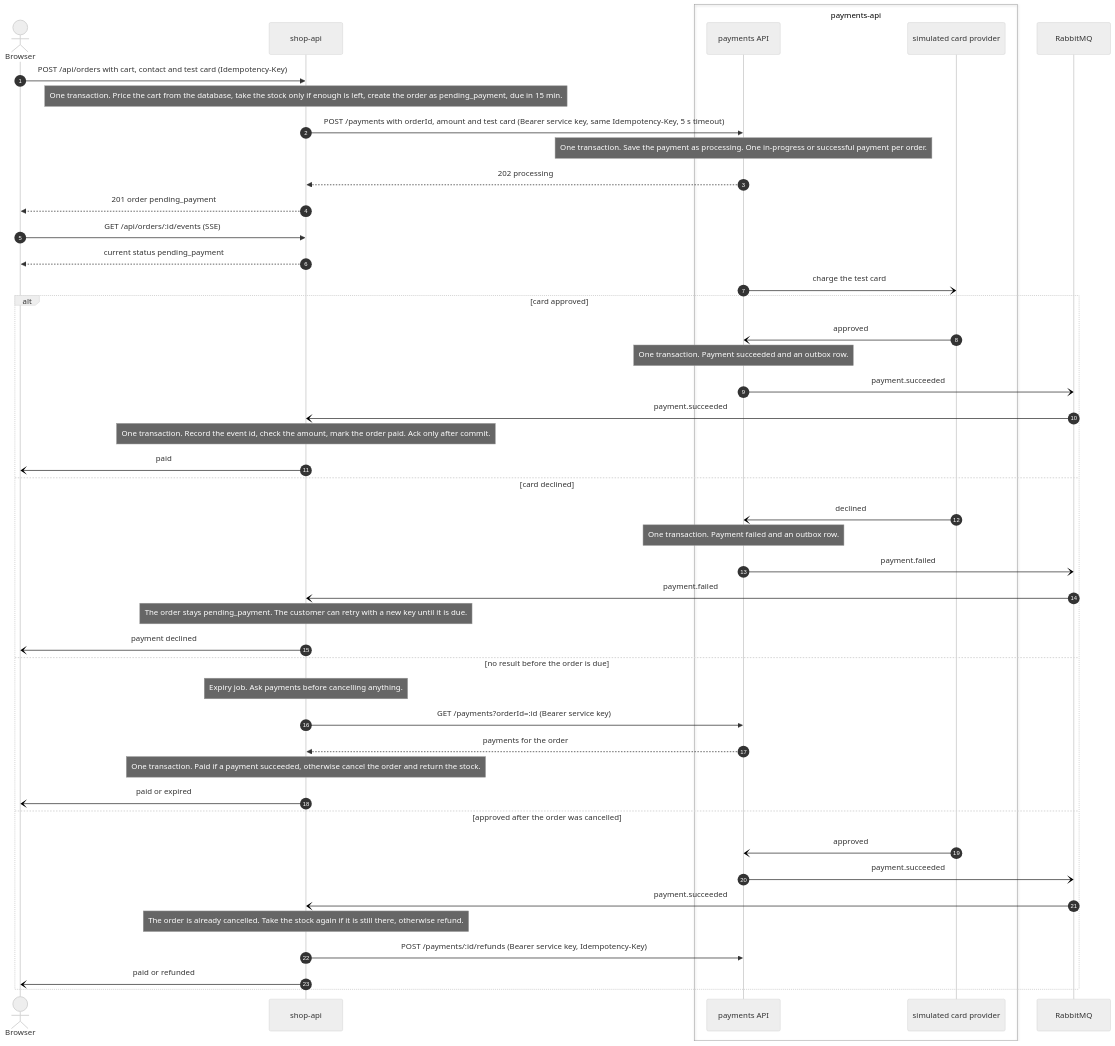
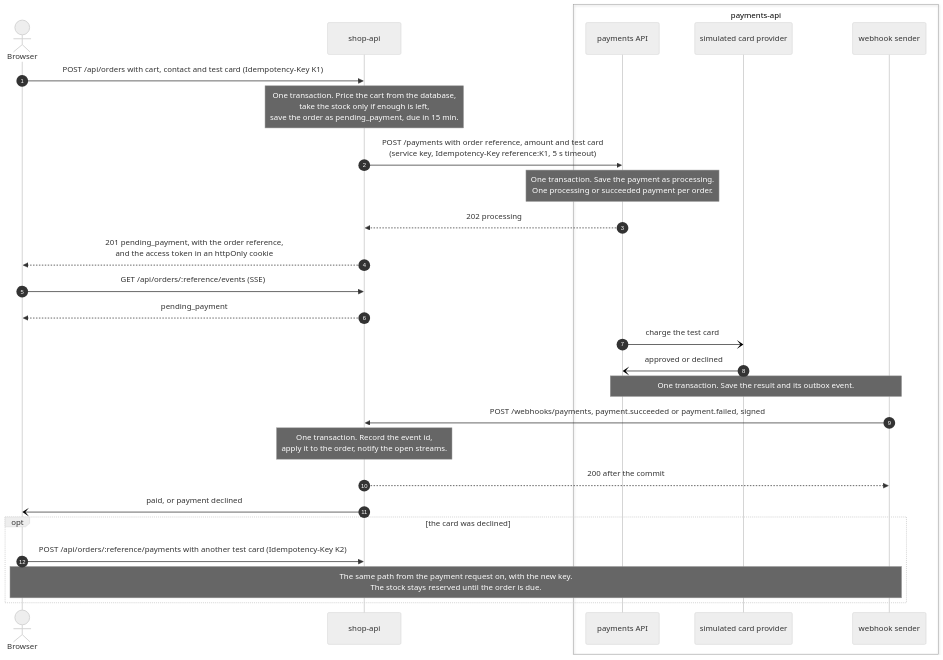
Before and after one commit to chaarlie/shopping-app: the first of 5 diagrams in docs/checkout-flow.md, drawn with Mermaid (neutral theme). The commit also changed other lines of this file and 3 other files, not shown here.

First line of the commit message:
build: drop RabbitMQ in favor of signed payment webhooks

````diff
--- a/docs/checkout-flow.md
+++ b/docs/checkout-flow.md
@@ -5,50 +9,32 @@
 ```mermaid
 sequenceDiagram
     autonumber
     actor B as Browser
     participant S as shop-api
     box payments-api
         participant P as payments API
         participant PR as simulated card provider
+        participant W as webhook sender
     end
-    participant MQ as RabbitMQ
 
-    B->>S: POST /api/orders with cart, contact and test card (Idempotency-Key)
-    Note over S: One transaction. Price the cart from the database, take the stock only if enough is left, create the order as pending_payment, due in 15 min.
-    S->>P: POST /payments with orderId, amount and test card (Bearer service key, same Idempotency-Key, 5 s timeout)
-    Note over P: One transaction. Save the payment as processing. One in-progress or successful payment per order.
+    B->>S: POST /api/orders with cart, contact and test card (Idempotency-Key K1)
+    Note over S: One transaction. Price the cart from the database,<br/>take the stock only if enough is left,<br/>save the order as pending_payment, due in 15 min.
+    S->>P: POST /payments with order reference, amount and test card<br/>(service key, Idempotency-Key reference:K1, 5 s timeout)
+    Note over P: One transaction. Save the payment as processing.<br/>One processing or succeeded payment per order.
     P-->>S: 202 processing
-    S-->>B: 201 order pending_payment
-    B->>S: GET /api/orders/:id/events (SSE)
-    S-->>B: current status pending_payment
+    S-->>B: 201 pending_payment, with the order reference,<br/>and the access token in an httpOnly cookie
+    B->>S: GET /api/orders/:reference/events (SSE)
+    S-->>B: pending_payment
     P-)PR: charge the test card
+    PR-)P: approved or declined
+    Note over P,W: One transaction. Save the result and its outbox event.
+    W->>S: POST /webhooks/payments, payment.succeeded or payment.failed, signed
+    Note over S: One transaction. Record the event id,<br/>apply it to the order, notify the open streams.
+    S-->>W: 200 after the commit
+    S-)B: paid, or payment declined
 
-    alt card approved
-        PR-)P: approved
-        Note over P: One transaction. Payment succeeded and an outbox row.
-        P-)MQ: payment.succeeded
-        MQ-)S: payment.succeeded
-        Note over S: One transaction. Record the event id, check the amount, mark the order paid. Ack only after commit.
-        S-)B: paid
-    else card declined
-        PR-)P: declined
-        Note over P: One transaction. Payment failed and an outbox row.
-        P-)MQ: payment.failed
-        MQ-)S: payment.failed
-        Note over S: The order stays pending_payment. The customer can retry with a new key until it is due.
-        S-)B: payment declined
-    else no result before the order is due
-        Note over S: Expiry job. Ask payments before cancelling anything.
-        S->>P: GET /payments?orderId=:id (Bearer service key)
-        P-->>S: payments for the order
-        Note over S: One transaction. Paid if a payment succeeded, otherwise cancel the order and return the stock.
-        S-)B: paid or expired
-    else approved after the order was cancelled
-        PR-)P: approved
-        P-)MQ: payment.succeeded
-        MQ-)S: payment.succeeded
-        Note over S: The order is already cancelled. Take the stock again if it is still there, otherwise refund.
-        S->>P: POST /payments/:id/refunds (Bearer service key, Idempotency-Key)
-        S-)B: paid or refunded
+    opt the card was declined
+        B->>S: POST /api/orders/:reference/payments with another test card (Idempotency-Key K2)
+        Note over B,W: The same path from the payment request on, with the new key.<br/>The stock stays reserved until the order is due.
     end
 ```
````
